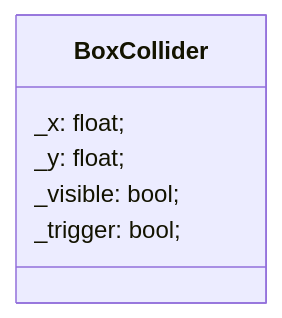
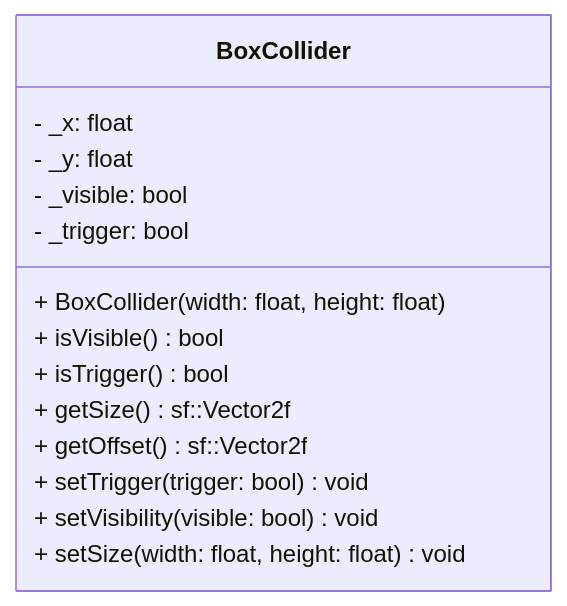
The diagram in docs/ECS/component/BoxCollider.md (MYAMBO/R-Type), drawn with Mermaid before and after one commit. The commit also changed other lines of this file and 17 other files, not shown here.

````diff
--- a/docs/ECS/component/BoxCollider.md
+++ b/docs/ECS/component/BoxCollider.md
@@ -16,9 +40,17 @@
 ```mermaid
 classDiagram
   class BoxCollider {
-    _x: float;
-    _y: float;
-    _visible: bool;
-    _trigger: bool;
+    - _x: float
+    - _y: float
+    - _visible: bool
+    - _trigger: bool
+    + BoxCollider(width: float, height: float)
+    + isVisible() bool
+    + isTrigger() bool
+    + getSize() sf::Vector2f
+    + getOffset() sf::Vector2f
+    + setTrigger(trigger: bool) void
+    + setVisibility(visible: bool) void
+    + setSize(width: float, height: float) void
   }
 ```
````
